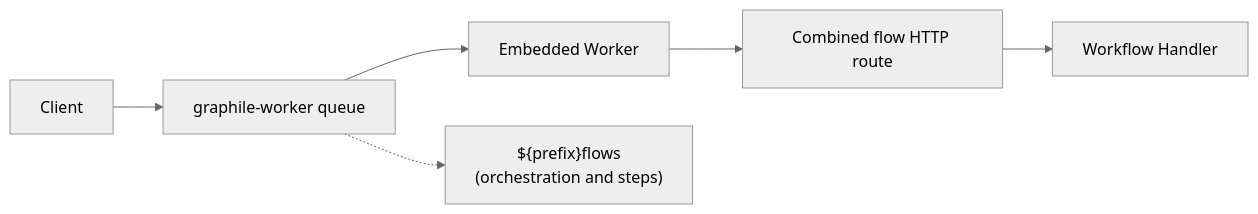
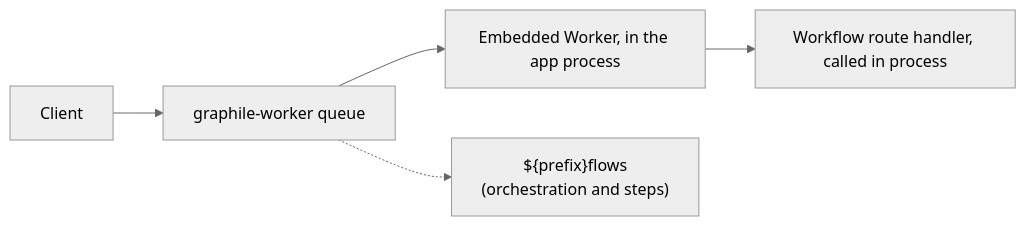
The diagram in packages/world-postgres/HOW_IT_WORKS.md (vercel/workflow), drawn with Mermaid (neutral theme) before and after one commit. The commit also changed other lines of this file and 27 other files, not shown here.

First line of the commit message:
[docs][e2e] Document in-process delivery and the denied flow route; add changesets and the e2e refusal test (#5258)

````diff
--- a/packages/world-postgres/HOW_IT_WORKS.md
+++ b/packages/world-postgres/HOW_IT_WORKS.md
@@ -11,9 +11,8 @@
 ```mermaid
 graph LR
     Client --> PG[graphile-worker queue]
-    PG --> Worker[Embedded Worker]
-    Worker --> HTTP[Combined flow HTTP route]
-    HTTP --> Handler[Workflow Handler]
+    PG --> Worker[Embedded Worker, in the app process]
+    Worker --> Handler[Workflow route handler, called in process]
 
     PG -.-> F["${prefix}flows<br/>(orchestration and steps)"]
 ```
````
